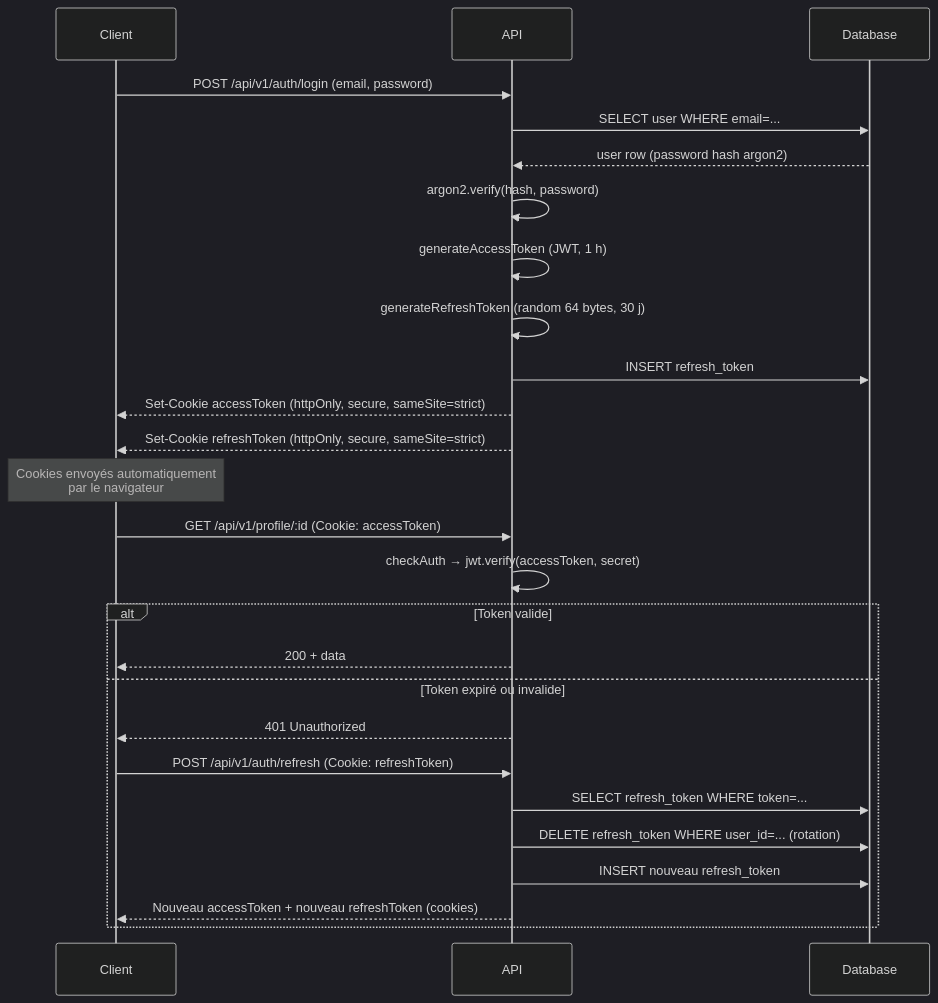
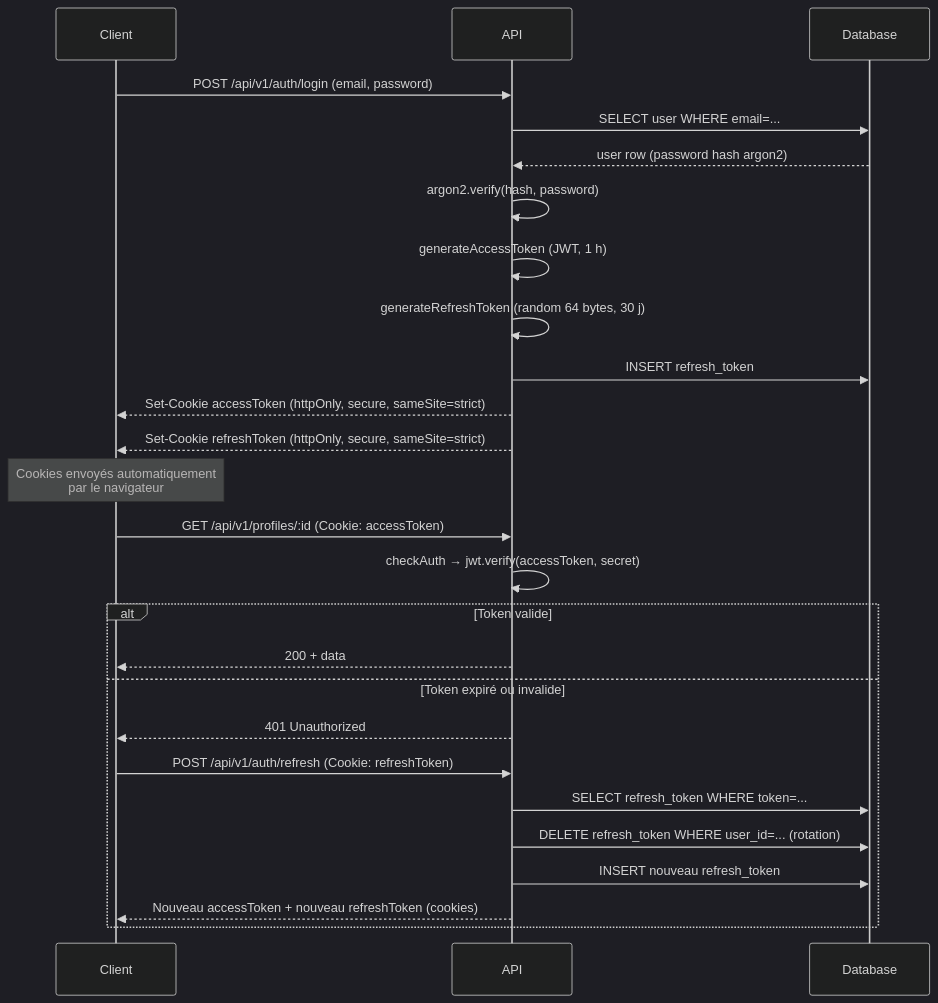
The diagram in docs/documentation-implementation/arc42/08-crosscutting/authentication.md (Sojeremy/documentation-skillswap), drawn with Mermaid (dark theme) before and after one commit. The commit also changed 5 other files, not shown here.

First line of the commit message:
docs(arc42): aligner les Mermaid sur le préfixe /api/v1/ et le chemin /profiles (axe 3 / commit 1)

````diff
--- a/docs/documentation-implementation/arc42/08-crosscutting/authentication.md
+++ b/docs/documentation-implementation/arc42/08-crosscutting/authentication.md
@@ -11,31 +11,31 @@
 ```mermaid
 sequenceDiagram
     participant C as Client
     participant A as API
     participant DB as Database
 
     C->>A: POST /api/v1/auth/login (email, password)
     A->>DB: SELECT user WHERE email=...
     DB-->>A: user row (password hash argon2)
     A->>A: argon2.verify(hash, password)
     A->>A: generateAccessToken (JWT, 1 h)
     A->>A: generateRefreshToken (random 64 bytes, 30 j)
     A->>DB: INSERT refresh_token
     A-->>C: Set-Cookie accessToken (httpOnly, secure, sameSite=strict)
     A-->>C: Set-Cookie refreshToken (httpOnly, secure, sameSite=strict)
 
     Note over C: Cookies envoyés automatiquement<br/>par le navigateur
 
-    C->>A: GET /api/v1/profile/:id (Cookie: accessToken)
+    C->>A: GET /api/v1/profiles/:id (Cookie: accessToken)
     A->>A: checkAuth → jwt.verify(accessToken, secret)
     alt Token valide
         A-->>C: 200 + data
     else Token expiré ou invalide
         A-->>C: 401 Unauthorized
         C->>A: POST /api/v1/auth/refresh (Cookie: refreshToken)
         A->>DB: SELECT refresh_token WHERE token=...
         A->>DB: DELETE refresh_token WHERE user_id=... (rotation)
         A->>DB: INSERT nouveau refresh_token
         A-->>C: Nouveau accessToken + nouveau refreshToken (cookies)
     end
 ```
````
